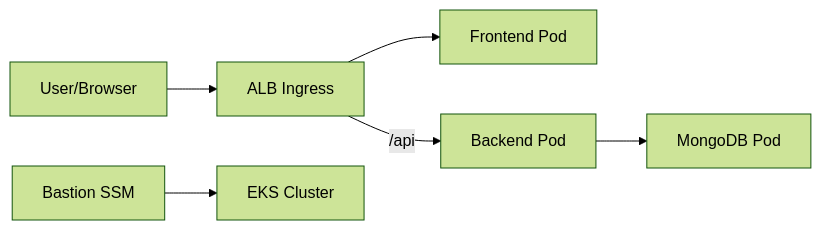
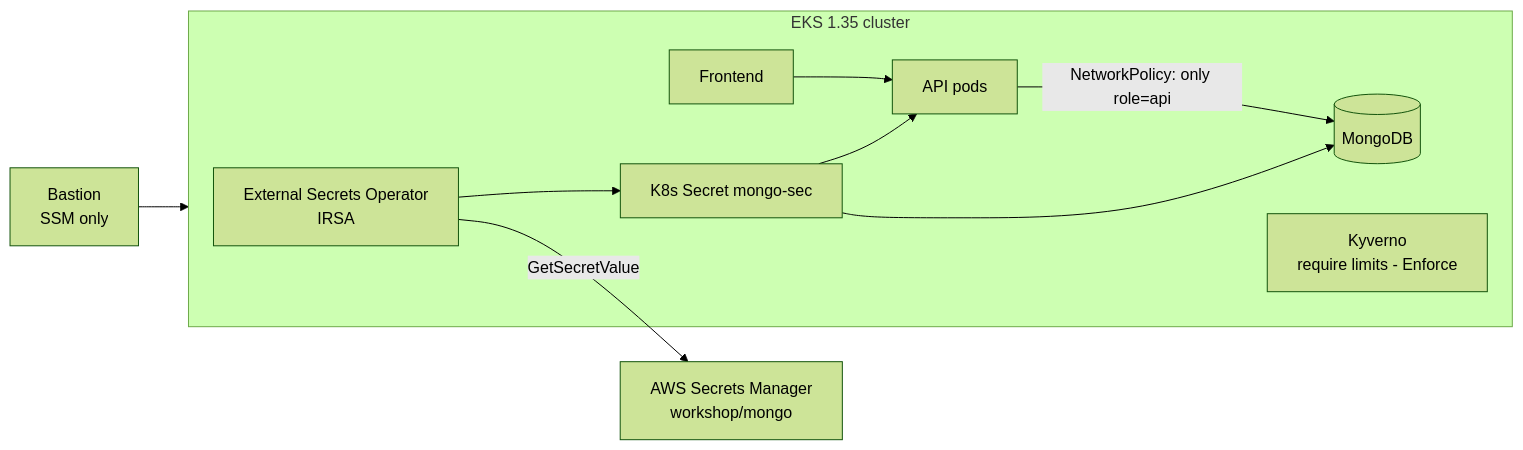
The diagram in README.md (Johnholli/eks-three-tier-platform), drawn with Mermaid (forest theme) before and after one commit. The commit also changed other lines of this file and 26 other files, not shown here.

Commit message:
Document security hardening; enforce Kyverno policy; remove old references

````diff
--- a/README.md
+++ b/README.md
@@ -11,8 +12,14 @@
 ```mermaid
 flowchart LR
-User[User/Browser] --> ALB[ALB Ingress]
-ALB --> FE[Frontend Pod]
-ALB -->|/api| BE[Backend Pod]
-BE --> DB[MongoDB Pod]
-Bastion[Bastion SSM] --> EKS[EKS Cluster]
+  SM[AWS Secrets Manager<br/>workshop/mongo]
+  Bastion[Bastion<br/>SSM only] --> EKS
+  subgraph EKS[EKS 1.35 cluster]
+    ESO[External Secrets Operator<br/>IRSA] --> KS[K8s Secret mongo-sec]
+    FE[Frontend] --> API[API pods]
+    API -->|NetworkPolicy: only role=api| DB[(MongoDB)]
+    KS --> API
+    KS --> DB
+    KY[Kyverno<br/>require limits - Enforce]
+  end
+  ESO -->|GetSecretValue| SM
 ```
````
